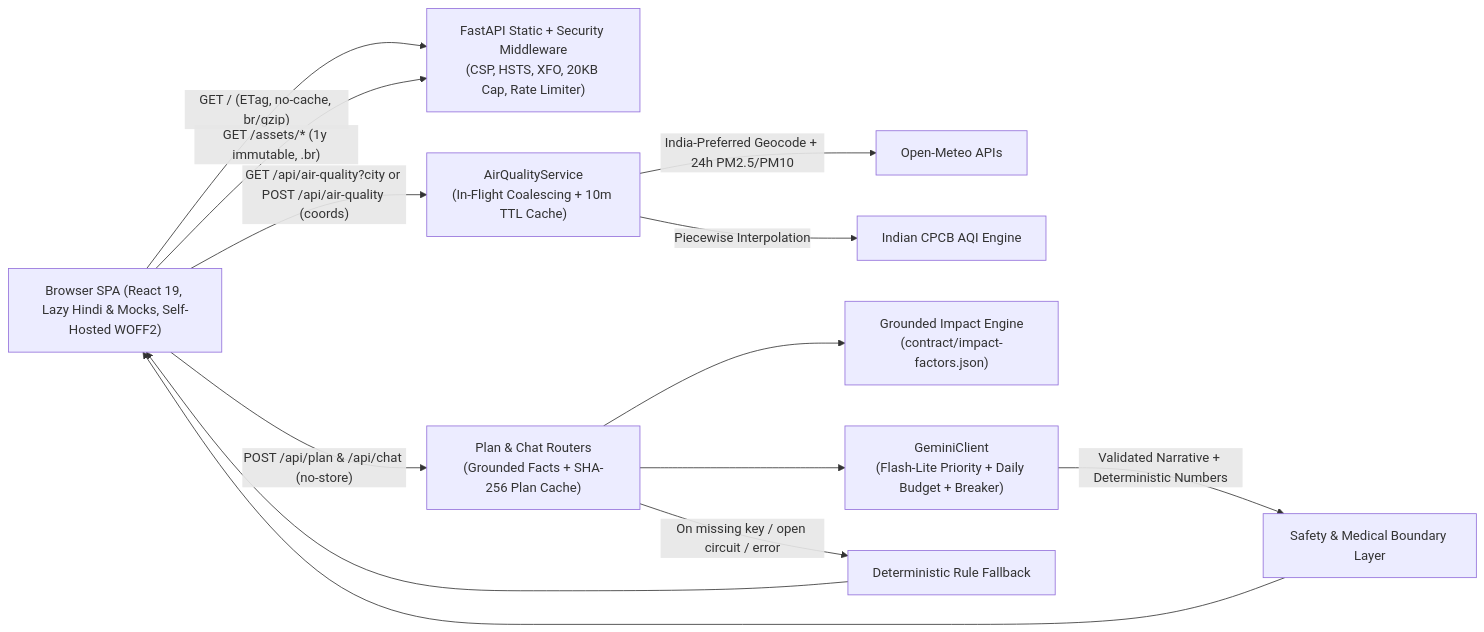
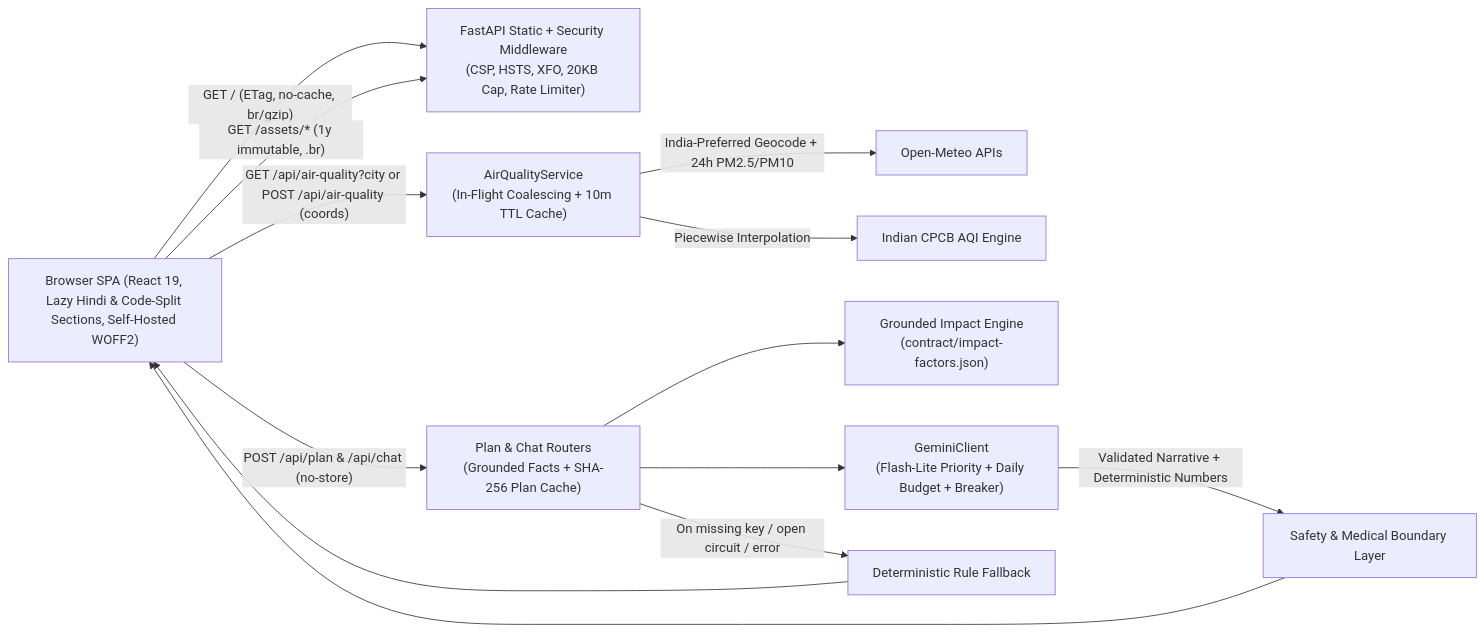
One commit to Shreyash463/saans-urban-air-quality-assistant changed the first of 2 diagrams in docs/ARCHITECTURE.md. Above: the diagram before and after it, drawn with Mermaid. The commit also changed other lines of this file and 6 other files, not shown here.

````diff
--- a/docs/ARCHITECTURE.md
+++ b/docs/ARCHITECTURE.md
@@ -7,16 +7,16 @@
 ```mermaid
 flowchart LR
-    B["Browser SPA (React 19, Lazy Hindi & Mocks, Self-Hosted WOFF2)"]
+    B["Browser SPA (React 19, Lazy Hindi & Code-Split Sections, Self-Hosted WOFF2)"]
     B -->|"GET / (ETag, no-cache, br/gzip)"| GW["FastAPI Static + Security Middleware\n(CSP, HSTS, XFO, 20KB Cap, Rate Limiter)"]
     B -->|"GET /assets/* (1y immutable, .br)"| GW
     B -->|"GET /api/air-quality?city or POST /api/air-quality (coords)"| AQ["AirQualityService\n(In-Flight Coalescing + 10m TTL Cache)"]
     AQ -->|"India-Preferred Geocode + 24h PM2.5/PM10"| OM["Open-Meteo APIs"]
     AQ -->|"Piecewise Interpolation"| CPCB["Indian CPCB AQI Engine"]
     B -->|"POST /api/plan & /api/chat (no-store)"| PLAN["Plan & Chat Routers\n(Grounded Facts + SHA-256 Plan Cache)"]
     PLAN --> IMP["Grounded Impact Engine\n(contract/impact-factors.json)"]
     PLAN --> GEM["GeminiClient\n(Flash-Lite Priority + Daily Budget + Breaker)"]
     GEM -->|"Validated Narrative + Deterministic Numbers"| SAF["Safety & Medical Boundary Layer"]
     PLAN -->|"On missing key / open circuit / error"| FB["Deterministic Rule Fallback"]
     SAF --> B
     FB --> B
 ```
````
